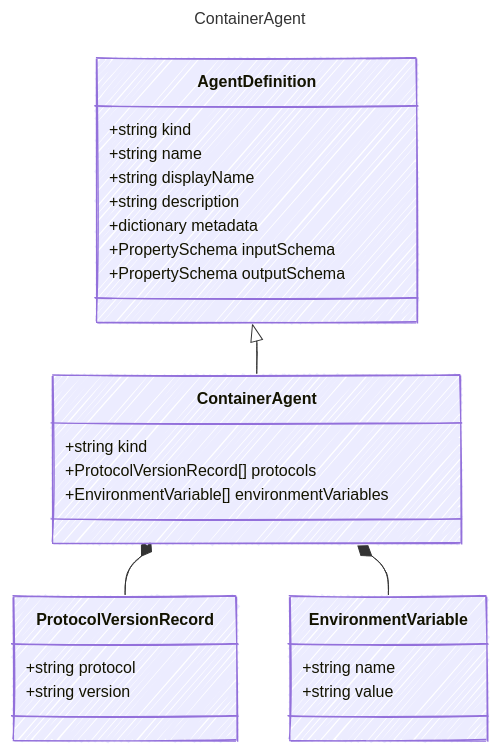
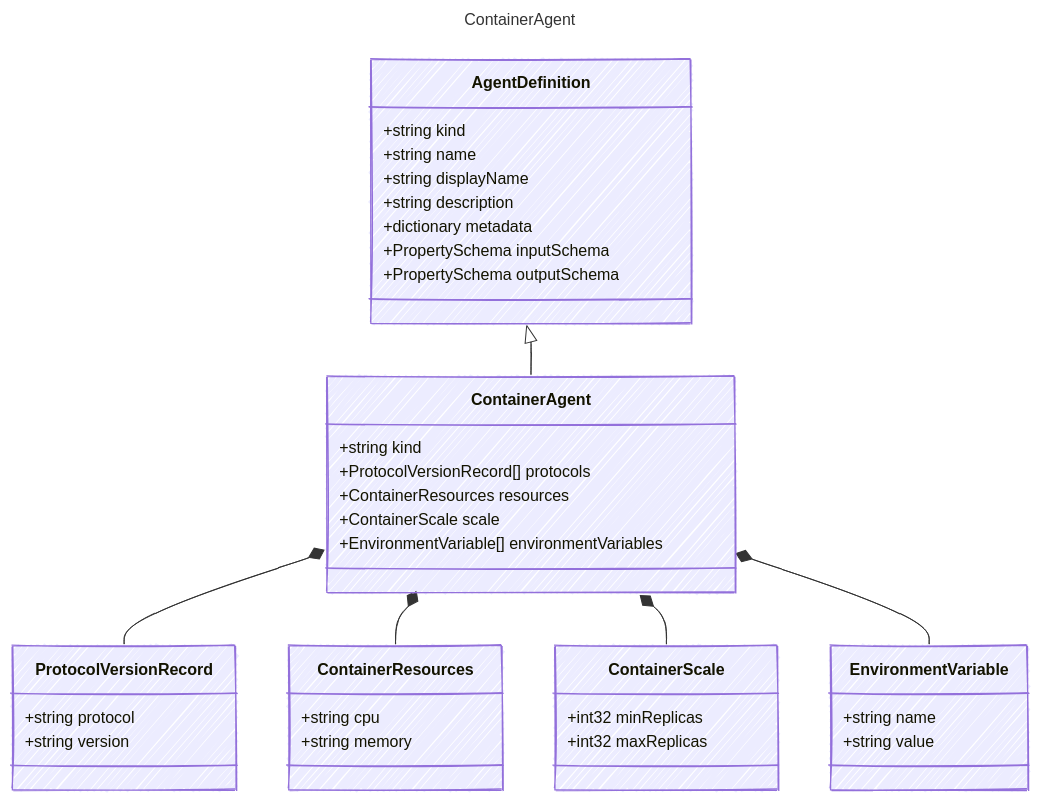
Before and after one commit to microsoft/AgentSchema: the diagram in docs/src/content/docs/reference/ContainerAgent.md, drawn with Mermaid. The commit also changed other lines of this file and 34 other files, not shown here.

First line of the commit message:
feat: Add ContainerResources and ContainerScale to ContainerAgent

````diff
--- a/docs/src/content/docs/reference/ContainerAgent.md
+++ b/docs/src/content/docs/reference/ContainerAgent.md
@@ -13,37 +13,49 @@
 ```mermaid
 ---
 title: ContainerAgent
 config:
   look: handDrawn
   theme: colorful
   class:
     hideEmptyMembersBox: true
 ---
 classDiagram
     class AgentDefinition {
         +string kind
         +string name
         +string displayName
         +string description
         +dictionary metadata
         +PropertySchema inputSchema
         +PropertySchema outputSchema
     }
     AgentDefinition <|-- ContainerAgent
     class ContainerAgent {
       
         +string kind
         +ProtocolVersionRecord[] protocols
+        +ContainerResources resources
+        +ContainerScale scale
         +EnvironmentVariable[] environmentVariables
     }
     class ProtocolVersionRecord {
         +string protocol
         +string version
     }
     ContainerAgent *-- ProtocolVersionRecord
+    class ContainerResources {
+        +string cpu
+        +string memory
+    }
+    ContainerAgent *-- ContainerResources
+    class ContainerScale {
+        +int32 minReplicas
+        +int32 maxReplicas
+    }
+    ContainerAgent *-- ContainerScale
     class EnvironmentVariable {
         +string name
         +string value
     }
     ContainerAgent *-- EnvironmentVariable
 ```
````
